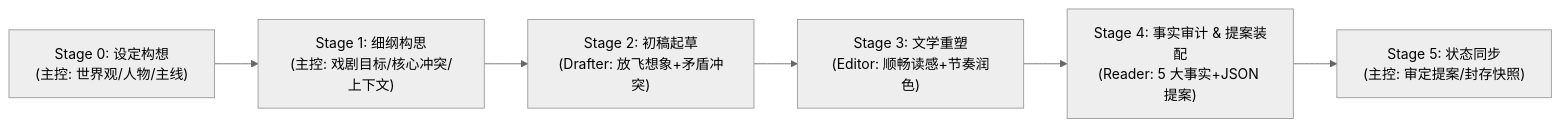
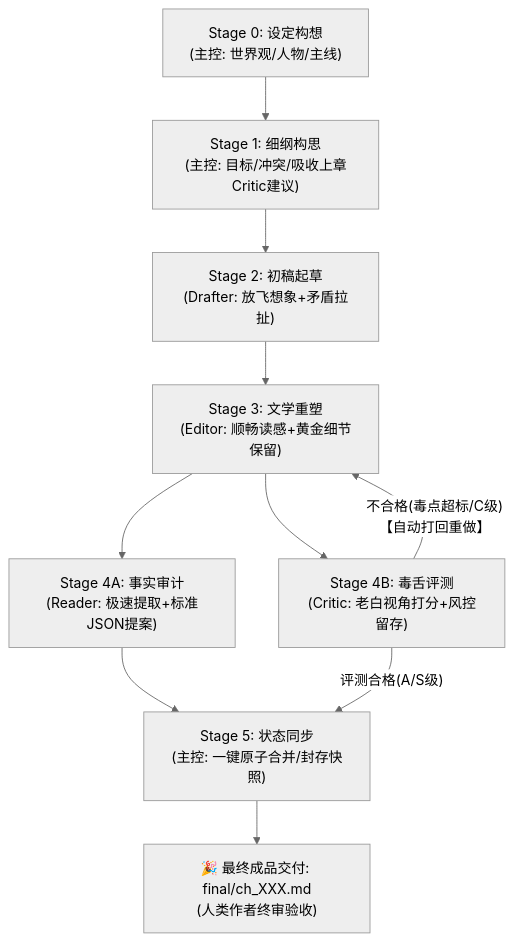
One commit to cg110902/NOVEL changed the diagram in AGENTS.md. Above: the diagram before and after it, drawn with Mermaid (neutral theme). The commit also changed other lines of this file and 37 other files, not shown here.

````diff
--- a/AGENTS.md
+++ b/AGENTS.md
@@ -24,8 +33,12 @@
 ```mermaid
-graph LR
-    S0["Stage 0: 设定构想<br/>(主控: 世界观/人物/主线)"] --> S1["Stage 1: 细纲构思<br/>(主控: 戏剧目标/核心冲突/上下文)"]
-    S1 --> S2["Stage 2: 初稿起草<br/>(Drafter: 放飞想象+矛盾冲突)"]
-    S2 --> S3["Stage 3: 文学重塑<br/>(Editor: 顺畅读感+节奏润色)"]
-    S3 --> S4["Stage 4: 事实审计 & 提案装配<br/>(Reader: 5 大事实+JSON 提案)"]
-    S4 --> S5["Stage 5: 状态同步<br/>(主控: 审定提案/封存快照)"]
+graph TD
+    S0["Stage 0: 设定构想<br/>(主控: 世界观/人物/主线)"] --> S1["Stage 1: 细纲构思<br/>(主控: 目标/冲突/吸收上章Critic建议)"]
+    S1 --> S2["Stage 2: 初稿起草<br/>(Drafter: 放飞想象+矛盾拉扯)"]
+    S2 --> S3["Stage 3: 文学重塑<br/>(Editor: 顺畅读感+黄金细节保留)"]
+    S3 --> S4A["Stage 4A: 事实审计<br/>(Reader: 极速提取+标准JSON提案)"]
+    S3 --> S4B["Stage 4B: 毒舌评测<br/>(Critic: 老白视角打分+风控留存)"]
+    S4B -- "不合格(毒点超标/C级)<br/>【自动打回重做】" --> S3
+    S4A --> S5["Stage 5: 状态同步<br/>(主控: 一键原子合并/封存快照)"]
+    S4B -- "评测合格(A/S级)" --> S5
+    S5 --> S6["🎉 最终成品交付: final/ch_XXX.md<br/>(人类作者终审验收)"]
 ```
````
